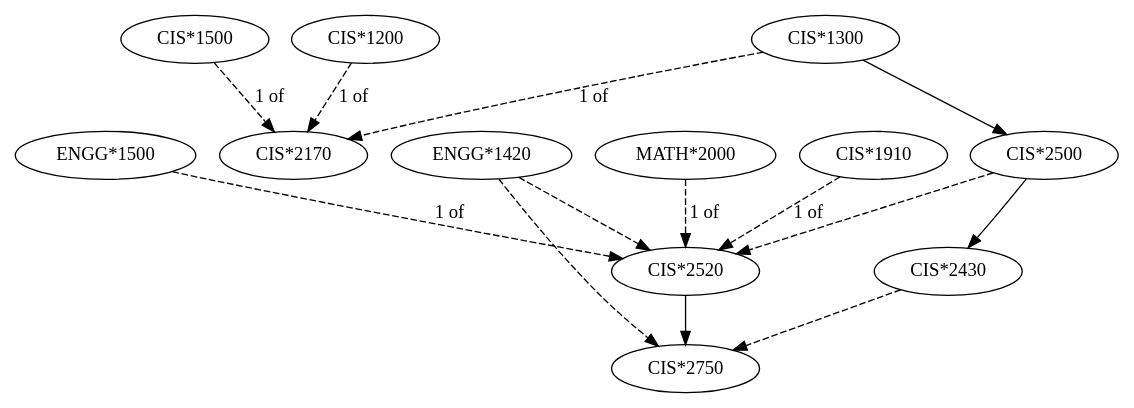
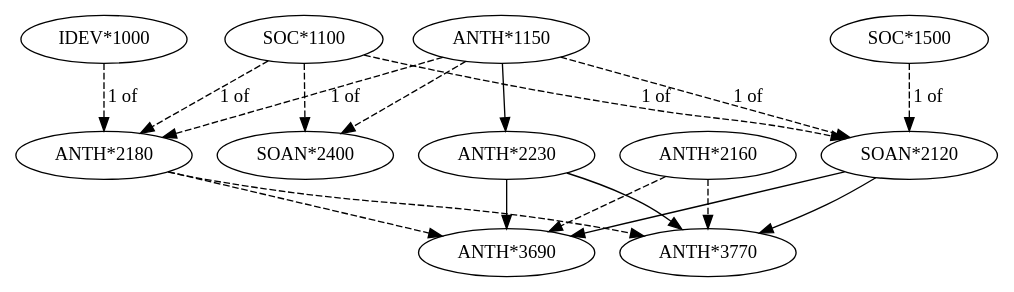
One commit to adamsox/graphsite changed the diagram in output.dot. Above: the diagram before and after it, drawn with Graphviz. The commit also changed 2 other files, not shown here.

```diff
--- a/output.dot
+++ b/output.dot
@@ -1,22 +1,26 @@
 digraph CourseMap {
-"CIS*1300"
-"CIS*1910"
-"CIS*2170"
-"CIS*1200" -> "CIS*2170" [style=dashed] [label="1 of"]
-"CIS*1300" -> "CIS*2170" [style=dashed] [label="1 of"]
-"CIS*1500" -> "CIS*2170" [style=dashed] [label="1 of"]
-"CIS*2430"
-"CIS*2500" -> "CIS*2430" [style=solid]
-"CIS*2500"
-"CIS*1300" -> "CIS*2500" [style=solid]
-"CIS*2520"
-"CIS*2500" -> "CIS*2520" [style=dashed]
-"ENGG*1420" -> "CIS*2520" [style=dashed]
-"CIS*1910" -> "CIS*2520" [style=dashed] [label="1 of"]
-"ENGG*1500" -> "CIS*2520" [style=dashed] [label="1 of"]
-"MATH*2000" -> "CIS*2520" [style=dashed] [label="1 of"]
-"CIS*2750"
-"CIS*2520" -> "CIS*2750" [style=solid]
-"CIS*2430" -> "CIS*2750" [style=dashed]
-"ENGG*1420" -> "CIS*2750" [style=dashed]
+"ANTH*1150"
+"ANTH*2180"
+"ANTH*1150" -> "ANTH*2180" [style=dashed] [label="1 of"]
+"IDEV*1000" -> "ANTH*2180" [style=dashed] [label="1 of"]
+"SOC*1100" -> "ANTH*2180" [style=dashed] [label="1 of"]
+"ANTH*2230"
+"ANTH*1150" -> "ANTH*2230" [style=solid]
+"ANTH*3690"
+"ANTH*2230" -> "ANTH*3690" [style=solid]
+"ANTH*2160" -> "ANTH*3690" [style=dashed]
+"ANTH*2180" -> "ANTH*3690" [style=dashed]
+"SOAN*2120" -> "ANTH*3690" [style=solid]
+"ANTH*3770"
+"ANTH*2230" -> "ANTH*3770" [style=solid]
+"ANTH*2160" -> "ANTH*3770" [style=dashed]
+"ANTH*2180" -> "ANTH*3770" [style=dashed]
+"SOAN*2120" -> "ANTH*3770" [style=solid]
+"SOAN*2120"
+"ANTH*1150" -> "SOAN*2120" [style=dashed] [label="1 of"]
+"SOC*1100" -> "SOAN*2120" [style=dashed] [label="1 of"]
+"SOC*1500" -> "SOAN*2120" [style=dashed] [label="1 of"]
+"SOAN*2400"
+"ANTH*1150" -> "SOAN*2400" [style=dashed]
+"SOC*1100" -> "SOAN*2400" [style=dashed]
 }
```
